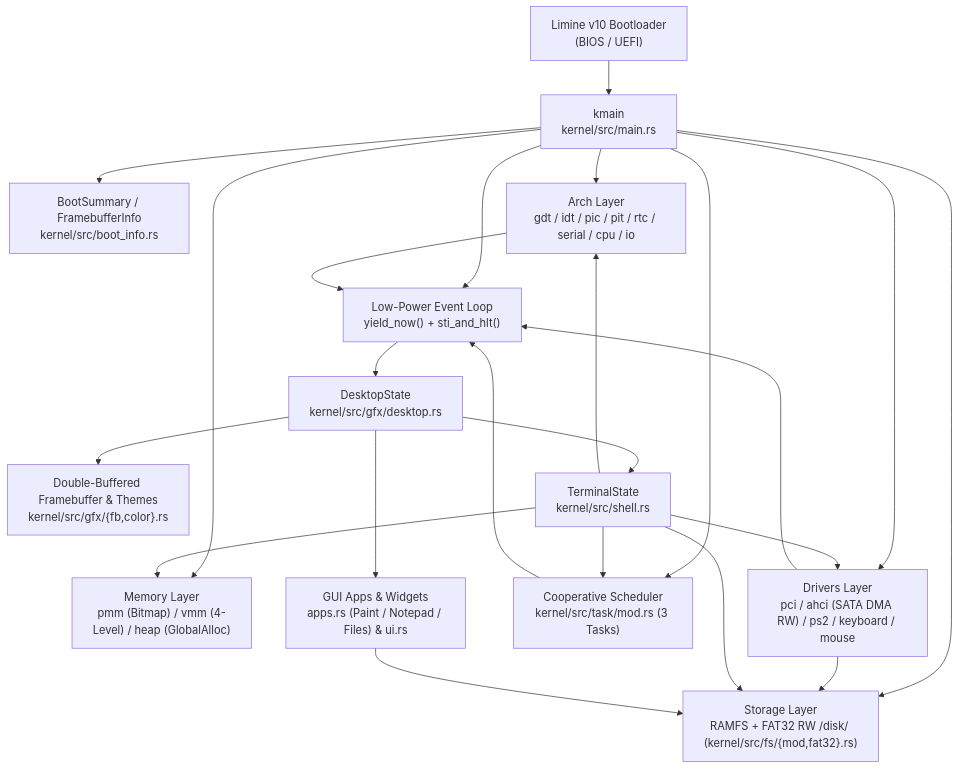
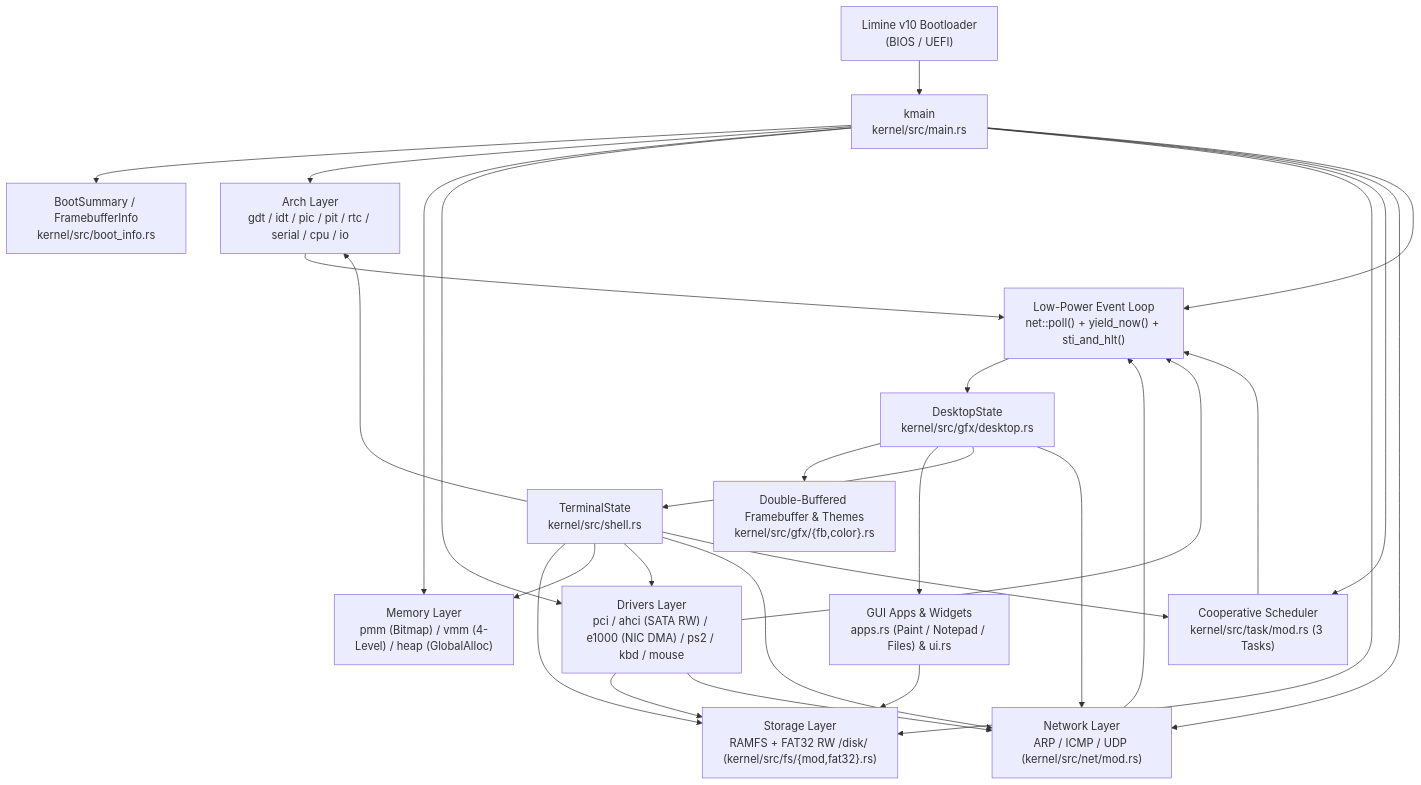
The first of 2 diagrams in docs/DESIGN.md (wmsir/wmos), drawn with Mermaid before and after one commit. The commit also changed other lines of this file and 10 other files, not shown here.

Commit message:
feat(v4.1.0): add Intel e1000 NIC driver, ARP/ICMP/UDP stack, ping/ifconfig, and CI network check

````diff
--- a/docs/DESIGN.md
+++ b/docs/DESIGN.md
@@ -26,26 +26,31 @@
 ```mermaid
 flowchart TD
     Boot["Limine v10 Bootloader\n(BIOS / UEFI)"] --> Entry["kmain\nkernel/src/main.rs"]
     Entry --> BootInfo["BootSummary / FramebufferInfo\nkernel/src/boot_info.rs"]
     Entry --> Arch["Arch Layer\ngdt / idt / pic / pit / rtc / serial / cpu / io"]
     Entry --> Mem["Memory Layer\npmm (Bitmap) / vmm (4-Level) / heap (GlobalAlloc)"]
-    Entry --> Drivers["Drivers Layer\npci / ahci (SATA DMA RW) / ps2 / keyboard / mouse"]
+    Entry --> Drivers["Drivers Layer\npci / ahci (SATA RW) / e1000 (NIC DMA) / ps2 / kbd / mouse"]
     Entry --> FS["Storage Layer\nRAMFS + FAT32 RW /disk/ (kernel/src/fs/{mod,fat32}.rs)"]
     Entry --> Task["Cooperative Scheduler\nkernel/src/task/mod.rs (3 Tasks)"]
-    Entry --> Loop["Low-Power Event Loop\nyield_now() + sti_and_hlt()"]
+    Entry --> Net["Network Layer\nARP / ICMP / UDP (kernel/src/net/mod.rs)"]
+    Entry --> Loop["Low-Power Event Loop\nnet::poll() + yield_now() + sti_and_hlt()"]
 
     Drivers --> FS
+    Drivers --> Net
     Drivers --> Loop
+    Net --> Loop
     Arch --> Loop
     Task --> Loop
     Loop --> Desktop["DesktopState\nkernel/src/gfx/desktop.rs"]
     Desktop --> FB["Double-Buffered Framebuffer & Themes\nkernel/src/gfx/{fb,color}.rs"]
     Desktop --> Apps["GUI Apps & Widgets\napps.rs (Paint / Notepad / Files) & ui.rs"]
     Desktop --> Shell["TerminalState\nkernel/src/shell.rs"]
+    Desktop --> Net
     Shell --> FS
     Shell --> Mem
     Shell --> Drivers
+    Shell --> Net
     Shell --> Task
     Shell --> Arch
     Apps --> FS
 ```
````
